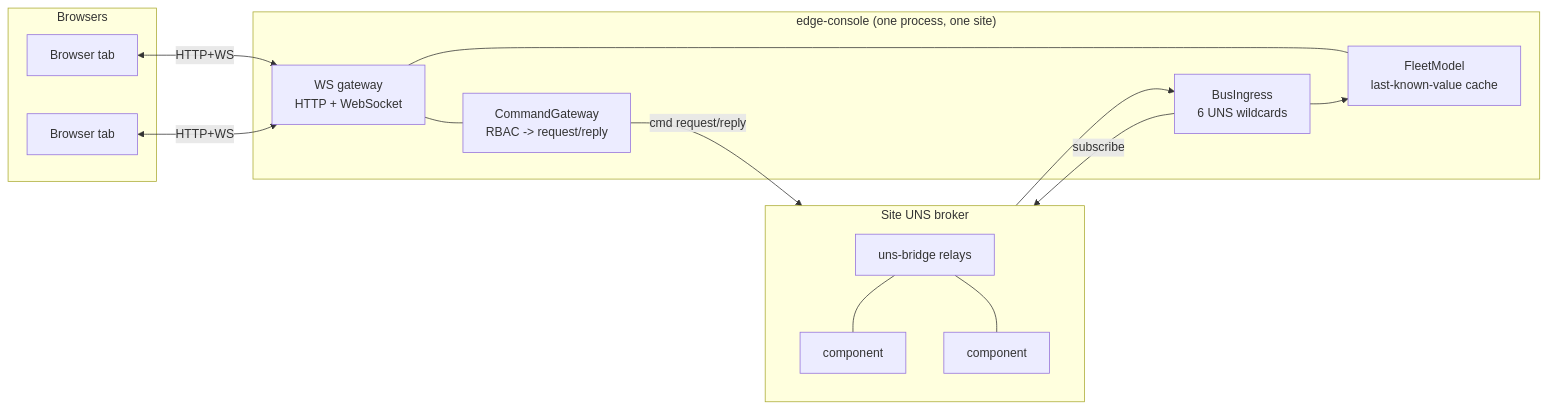
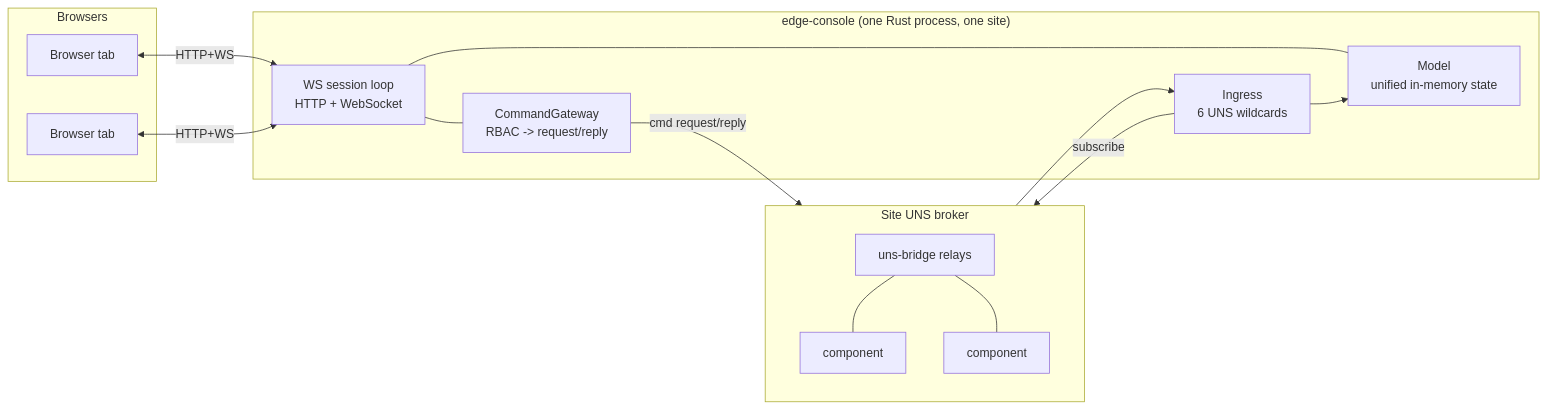
The first of 2 diagrams in docs/explanation.md (edgecommons/edge-console), drawn with Mermaid before and after one commit. The commit also changed other lines of this file and 8 other files, not shown here.

````diff
--- a/docs/explanation.md
+++ b/docs/explanation.md
@@ -13,25 +13,25 @@
 ```mermaid
 flowchart LR
   subgraph Browsers
     B1[Browser tab]
     B2[Browser tab]
   end
-  subgraph Console["edge-console (one process, one site)"]
-    WS[WS gateway<br/>HTTP + WebSocket]
-    FM[FleetModel<br/>last-known-value cache]
-    BI[BusIngress<br/>6 UNS wildcards]
+  subgraph Console["edge-console (one Rust process, one site)"]
+    WS[WS session loop<br/>HTTP + WebSocket]
+    FM[Model<br/>unified in-memory state]
+    BI[Ingress<br/>6 UNS wildcards]
     CG[CommandGateway<br/>RBAC -> request/reply]
   end
   subgraph Bus["Site UNS broker"]
     UB[uns-bridge relays]
     C1[component]
     C2[component]
   end
   B1 & B2 <-->|HTTP+WS| WS
   WS --- FM
   WS --- CG
   BI -->|subscribe| Bus
   Bus --> BI --> FM
   CG -->|cmd request/reply| Bus
   UB --- C1 & C2
 ```
````
